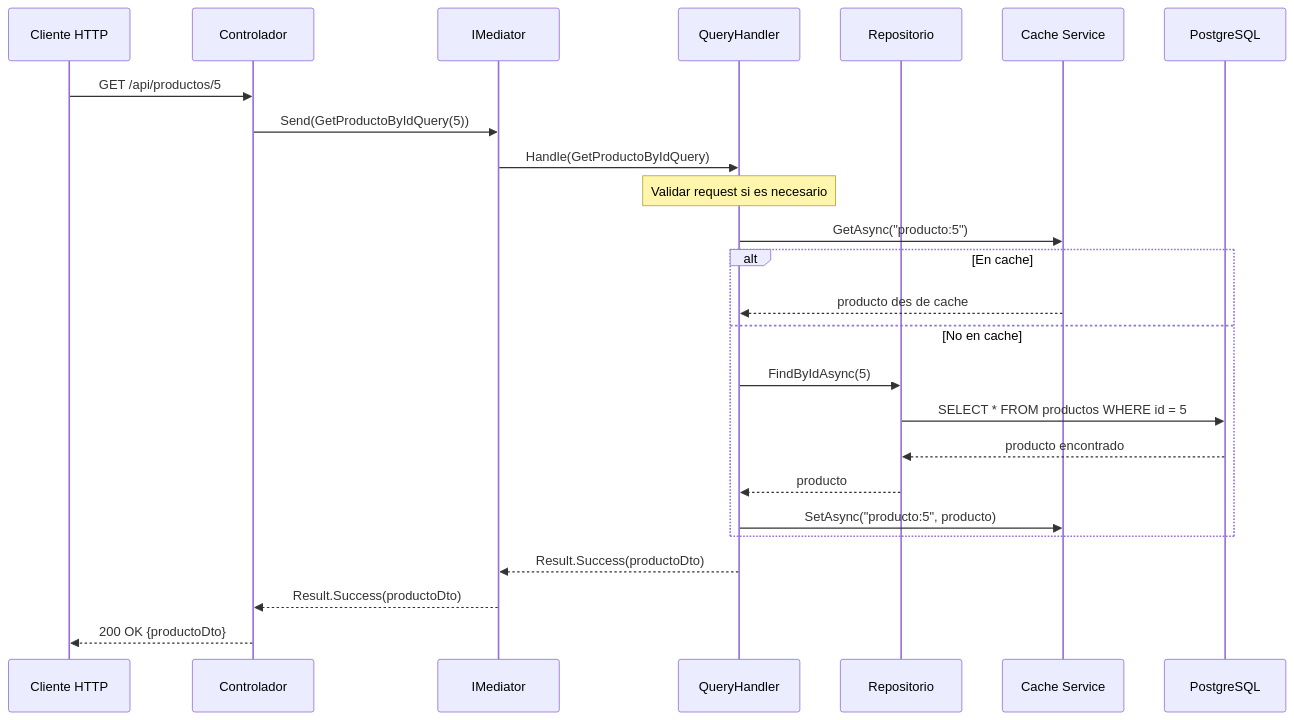
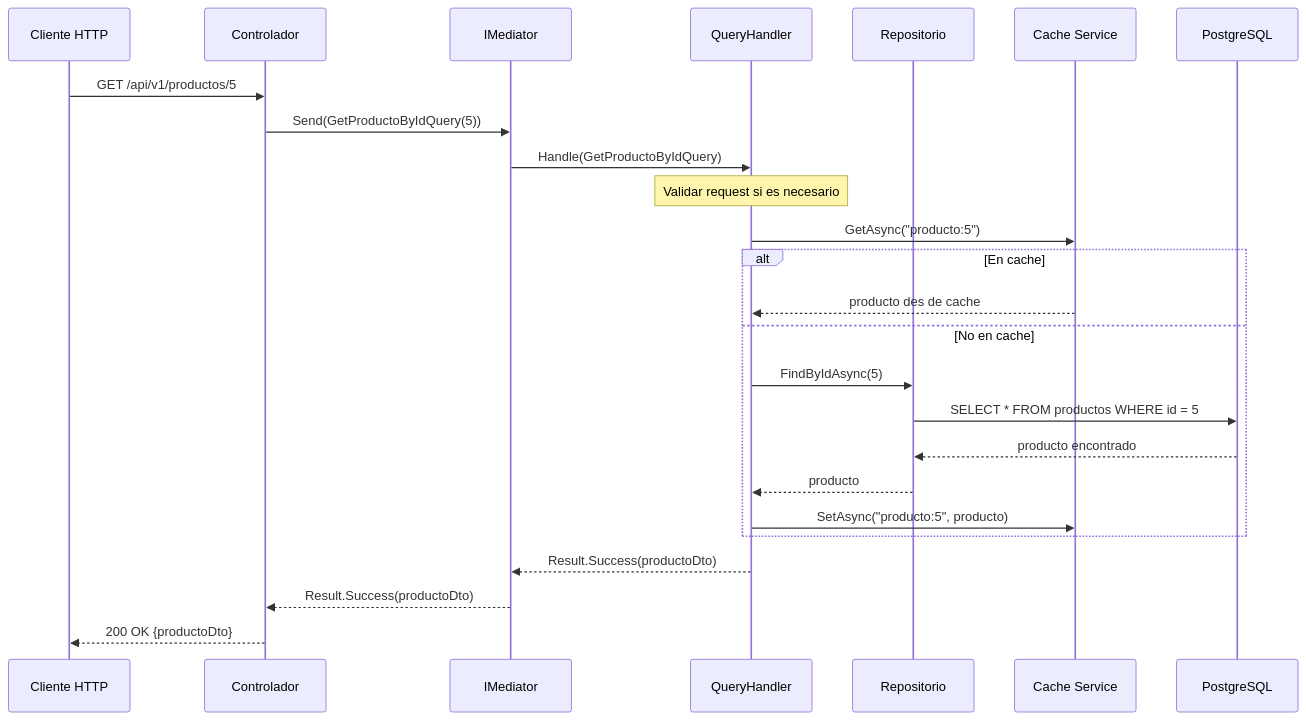
One commit to joseluisgs/TiendaDawApi-Cqrs-MediatR-NetCore changed the seventh of 23 diagrams in doc/12-cqrs-commands-queries.md. Above: the diagram before and after it, drawn with Mermaid. The commit also changed other lines of this file and 226 other files, not shown here.

````diff
--- a/doc/12-cqrs-commands-queries.md
+++ b/doc/12-cqrs-commands-queries.md
@@ -400,31 +400,31 @@
 ```mermaid
 sequenceDiagram
     participant Client as Cliente HTTP
     participant Controller as Controlador
     participant MediatR as IMediator
     participant Handler as QueryHandler
     participant Repo as Repositorio
     participant Cache as Cache Service
     participant DB as PostgreSQL
     
-    Client->>Controller: GET /api/productos/5
+    Client->>Controller: GET /api/v1/productos/5
     Controller->>MediatR: Send(GetProductoByIdQuery(5))
     MediatR->>Handler: Handle(GetProductoByIdQuery)
     
     Note over Handler: Validar request si es necesario
     
     Handler->>Cache: GetAsync("producto:5")
     alt En cache
         Cache-->>Handler: producto des de cache
     else No en cache
         Handler->>Repo: FindByIdAsync(5)
         Repo->>DB: SELECT * FROM productos WHERE id = 5
         DB-->>Repo: producto encontrado
         Repo-->>Handler: producto
         Handler->>Cache: SetAsync("producto:5", producto)
     end
     
     Handler-->>MediatR: Result.Success(productoDto)
     MediatR-->>Controller: Result.Success(productoDto)
     Controller-->>Client: 200 OK {productoDto}
 ```
````
